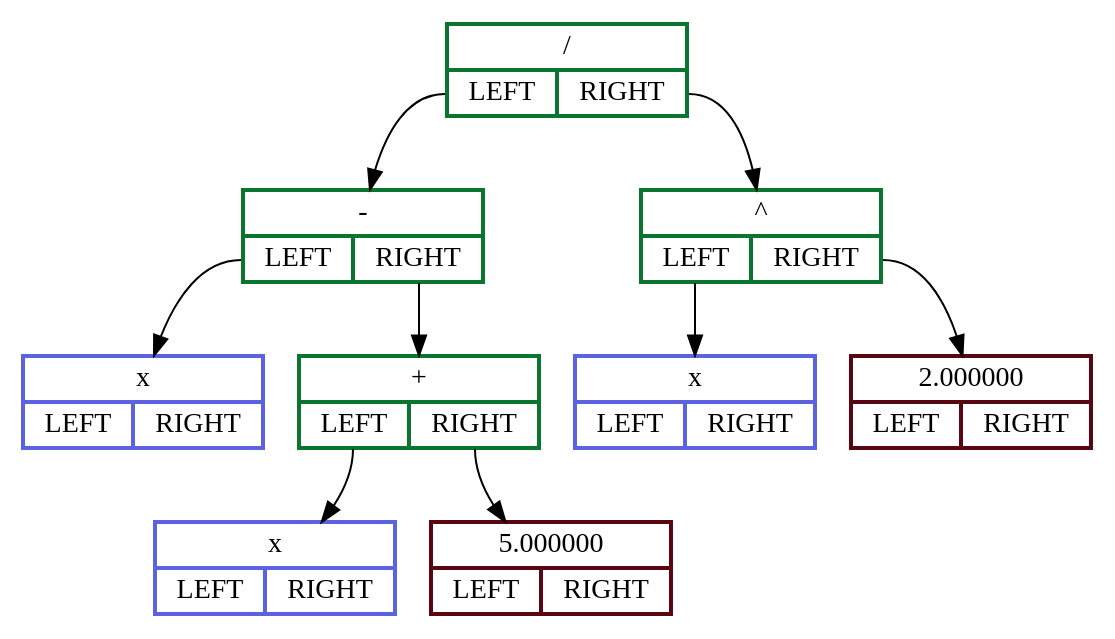
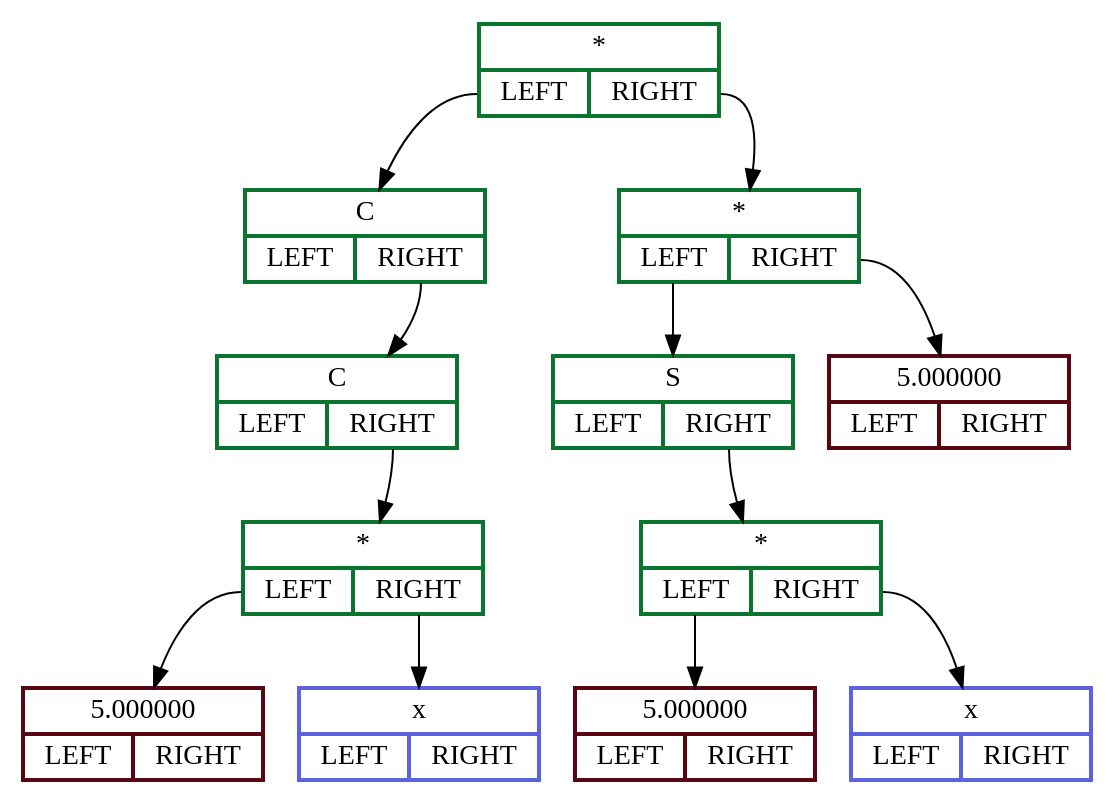
The diagram in dot_file.dot (MalishTulen/DIFFIRER), drawn with Graphviz before and after one commit. The commit also changed 19 other files, not shown here.

```diff
--- a/dot_file.dot
+++ b/dot_file.dot
@@ -1,20 +1,26 @@
 digraph data{
 rankdir = TB;
-node00000125cb726010[ shape = record,style = bold, color = "#5b63e0", penwidth = 2.0, label = " { <f2> x | { <f3> LEFT | <f4> RIGHT } } "];
-node00000125cb726030[ shape = record, style = bold, color = "#580612", label = " { <f2> 5.000000 | { <f3> LEFT | <f4> RIGHT } } "];
-node00000125cb726090[ shape = record,style = bold, color = "#09752e", label = " { <f2> / | { <f3> LEFT | <f4> RIGHT } } "];
-node00000125cb726130[ shape = record,style = bold, color = "#5b63e0", penwidth = 2.0, label = " { <f2> x | { <f3> LEFT | <f4> RIGHT } } "];
-node00000125cb726150[ shape = record,style = bold, color = "#09752e", label = " { <f2> + | { <f3> LEFT | <f4> RIGHT } } "];
-node00000125cb726170[ shape = record,style = bold, color = "#5b63e0", penwidth = 2.0, label = " { <f2> x | { <f3> LEFT | <f4> RIGHT } } "];
-node00000125cb726190[ shape = record,style = bold, color = "#09752e", label = " { <f2> - | { <f3> LEFT | <f4> RIGHT } } "];
-node00000125cb7261b0[ shape = record, style = bold, color = "#580612", label = " { <f2> 2.000000 | { <f3> LEFT | <f4> RIGHT } } "];
-node00000125cb7261d0[ shape = record,style = bold, color = "#09752e", label = " { <f2> ^ | { <f3> LEFT | <f4> RIGHT } } "];
-node00000125cb726090:<f3>->node00000125cb726190
-node00000125cb726190:<f3>->node00000125cb726170
-node00000125cb726190:<f4>->node00000125cb726150
-node00000125cb726150:<f3>->node00000125cb726010
-node00000125cb726150:<f4>->node00000125cb726030
-node00000125cb726090:<f4>->node00000125cb7261d0
-node00000125cb7261d0:<f3>->node00000125cb726130
-node00000125cb7261d0:<f4>->node00000125cb7261b0
+node00000210e15e6090[ shape = record,style = bold, color = "#09752e", label = " { <f2> * | { <f3> LEFT | <f4> RIGHT } } "];
+node00000210e15e60b0[ shape = record,style = bold, color = "#09752e", label = " { <f2> C | { <f3> LEFT | <f4> RIGHT } } "];
+node00000210e15e60d0[ shape = record,style = bold, color = "#09752e", label = " { <f2> C | { <f3> LEFT | <f4> RIGHT } } "];
+node00000210e15e60f0[ shape = record,style = bold, color = "#09752e", label = " { <f2> * | { <f3> LEFT | <f4> RIGHT } } "];
+node00000210e15e6110[ shape = record, style = bold, color = "#580612", label = " { <f2> 5.000000 | { <f3> LEFT | <f4> RIGHT } } "];
+node00000210e15e6130[ shape = record,style = bold, color = "#5b63e0", penwidth = 2.0, label = " { <f2> x | { <f3> LEFT | <f4> RIGHT } } "];
+node00000210e15e6150[ shape = record,style = bold, color = "#09752e", label = " { <f2> * | { <f3> LEFT | <f4> RIGHT } } "];
+node00000210e15e61d0[ shape = record,style = bold, color = "#09752e", label = " { <f2> S | { <f3> LEFT | <f4> RIGHT } } "];
+node00000210e15e61f0[ shape = record,style = bold, color = "#09752e", label = " { <f2> * | { <f3> LEFT | <f4> RIGHT } } "];
+node00000210e15e6210[ shape = record, style = bold, color = "#580612", label = " { <f2> 5.000000 | { <f3> LEFT | <f4> RIGHT } } "];
+node00000210e15e6230[ shape = record,style = bold, color = "#5b63e0", penwidth = 2.0, label = " { <f2> x | { <f3> LEFT | <f4> RIGHT } } "];
+node00000210e15e6350[ shape = record, style = bold, color = "#580612", label = " { <f2> 5.000000 | { <f3> LEFT | <f4> RIGHT } } "];
+node00000210e15e6090:<f3>->node00000210e15e60b0
+node00000210e15e60b0:<f4>->node00000210e15e60d0
+node00000210e15e60d0:<f4>->node00000210e15e60f0
+node00000210e15e60f0:<f3>->node00000210e15e6110
+node00000210e15e60f0:<f4>->node00000210e15e6130
+node00000210e15e6090:<f4>->node00000210e15e6150
+node00000210e15e6150:<f3>->node00000210e15e61d0
+node00000210e15e61d0:<f4>->node00000210e15e61f0
+node00000210e15e61f0:<f3>->node00000210e15e6210
+node00000210e15e61f0:<f4>->node00000210e15e6230
+node00000210e15e6150:<f4>->node00000210e15e6350
 }
```
